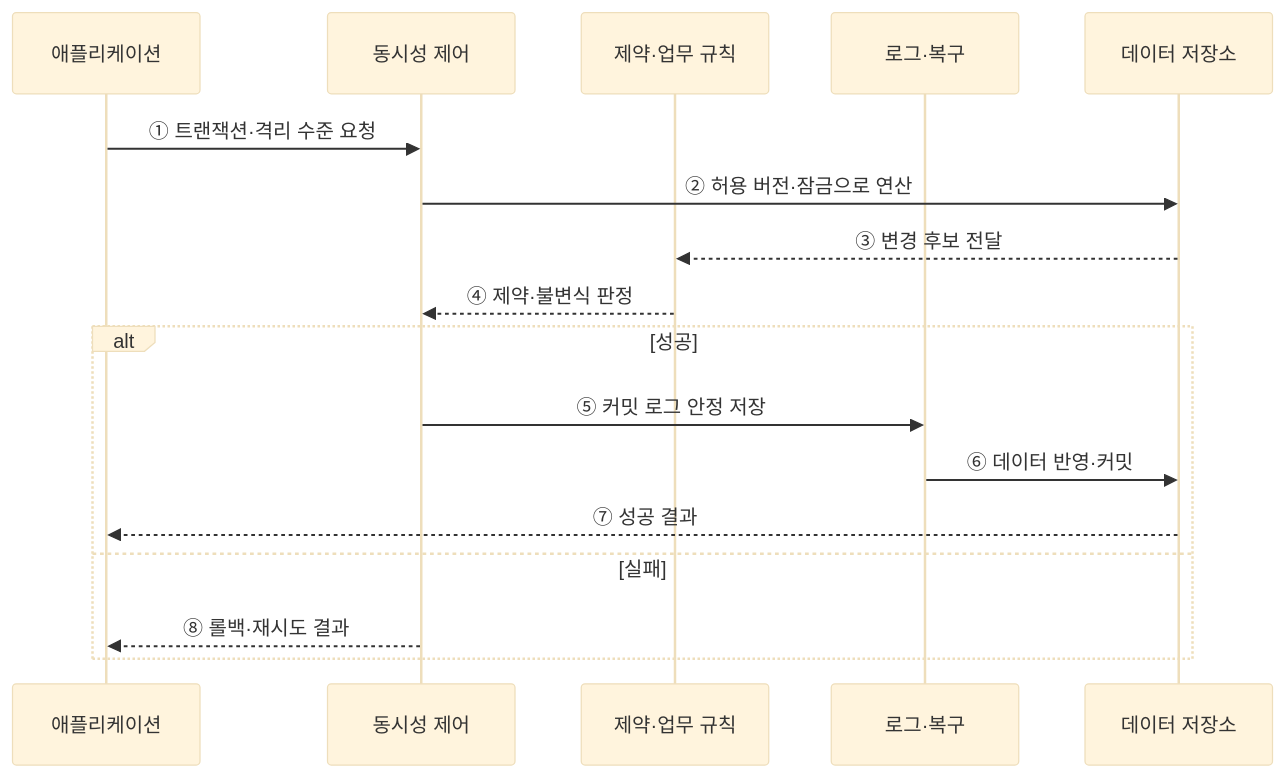
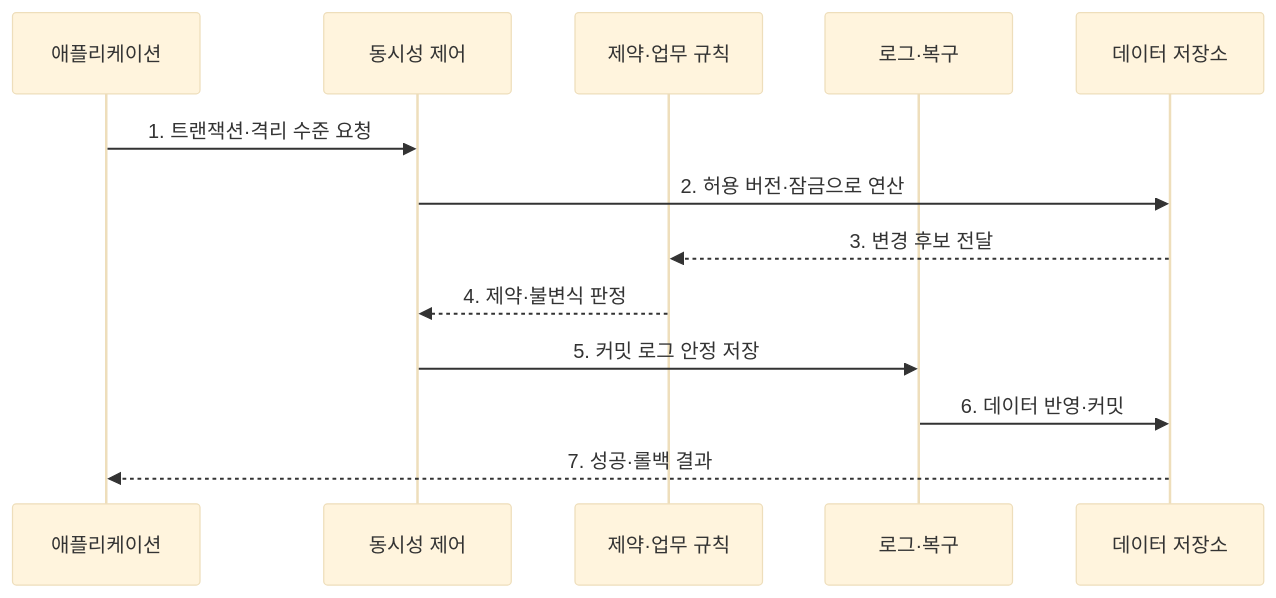
Before and after one commit to agnusdei1207/knowledge-base: the second of 2 diagrams in src/content/docs/notes/03-software/085_transaction_acid.md, drawn with Mermaid (base theme). The commit also changed other lines of this file and 20 other files, not shown here.

````diff
--- a/src/content/docs/notes/03-software/085_transaction_acid.md
+++ b/src/content/docs/notes/03-software/085_transaction_acid.md
@@ -73,19 +83,15 @@
 ```mermaid
 sequenceDiagram
     participant A as 애플리케이션
     participant C as 동시성 제어
     participant V as 제약·업무 규칙
     participant L as 로그·복구
     participant S as 데이터 저장소
-    A->>C: ① 트랜잭션·격리 수준 요청
-    C->>S: ② 허용 버전·잠금으로 연산
-    S-->>V: ③ 변경 후보 전달
-    V-->>C: ④ 제약·불변식 판정
-    alt 성공
-        C->>L: ⑤ 커밋 로그 안정 저장
-        L->>S: ⑥ 데이터 반영·커밋
-        S-->>A: ⑦ 성공 결과
-    else 실패
-        C-->>A: ⑧ 롤백·재시도 결과
-    end
+    A->>C: 1. 트랜잭션·격리 수준 요청
+    C->>S: 2. 허용 버전·잠금으로 연산
+    S-->>V: 3. 변경 후보 전달
+    V-->>C: 4. 제약·불변식 판정
+    C->>L: 5. 커밋 로그 안정 저장
+    L->>S: 6. 데이터 반영·커밋
+    S-->>A: 7. 성공·롤백 결과
 ```
````
